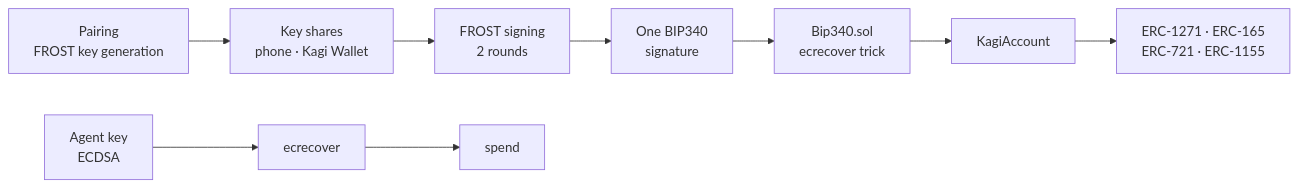
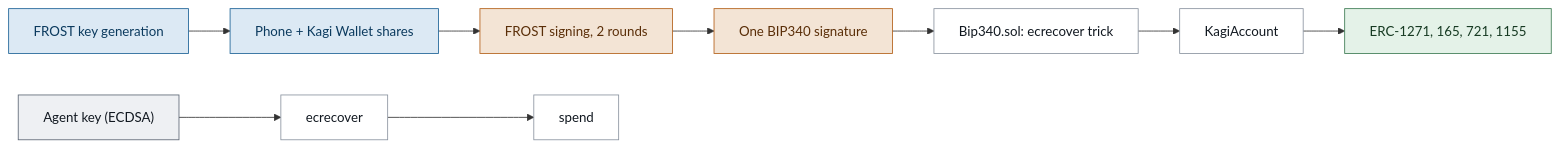
Before and after one commit to team-somehow/kagi-wallet: the diagram in docs/kagi-cryptography.md, drawn with Mermaid. The commit also changed 1 other file, not shown here.

Commit message:
docs: one-line, coloured diagrams

````diff
--- a/docs/kagi-cryptography.md
+++ b/docs/kagi-cryptography.md
@@ -25,17 +25,28 @@
 ```mermaid
 flowchart LR
-    Pair["Pairing<br/>FROST key generation"]
-    Shares["Key shares<br/>phone · Kagi Wallet"]
-    Sign["FROST signing<br/>2 rounds"]
-    Sig["One BIP340<br/>signature"]
-    Verify["Bip340.sol<br/>ecrecover trick"]
+    Pair["FROST key generation"]
+    Shares["Phone + Kagi Wallet shares"]
+    Sign["FROST signing, 2 rounds"]
+    Sig["One BIP340 signature"]
+    Verify["Bip340.sol: ecrecover trick"]
     Account["KagiAccount"]
-    ERCs["ERC-1271 · ERC-165<br/>ERC-721 · ERC-1155"]
+    ERCs["ERC-1271, 165, 721, 1155"]
 
-    AgentKey["Agent key<br/>ECDSA"]
+    AgentKey["Agent key (ECDSA)"]
     Ecrecover["ecrecover"]
     Spend["spend"]
 
     Pair --> Shares --> Sign --> Sig --> Verify --> Account --> ERCs
     AgentKey --> Ecrecover --> Spend
+
+    classDef device fill:#DCE9F4,stroke:#1C6296,color:#0B3A5E
+    classDef crypto fill:#F3E4D5,stroke:#B35F17,color:#5A2E08
+    classDef chain fill:#FFFFFF,stroke:#8A939F,color:#111820
+    classDef std fill:#E4F2E8,stroke:#3C7A52,color:#163A22
+    classDef agent fill:#EEF0F3,stroke:#5C6674,color:#111820
+    class Pair,Shares device
+    class Sign,Sig crypto
+    class Verify,Account,Ecrecover,Spend chain
+    class ERCs std
+    class AgentKey agent
 ```
````
